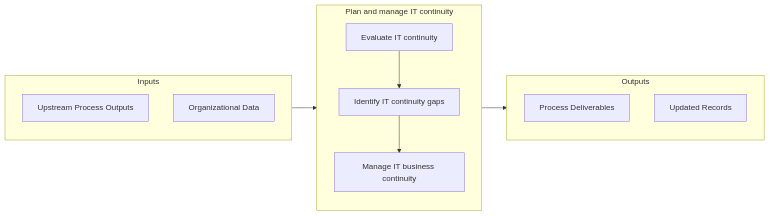
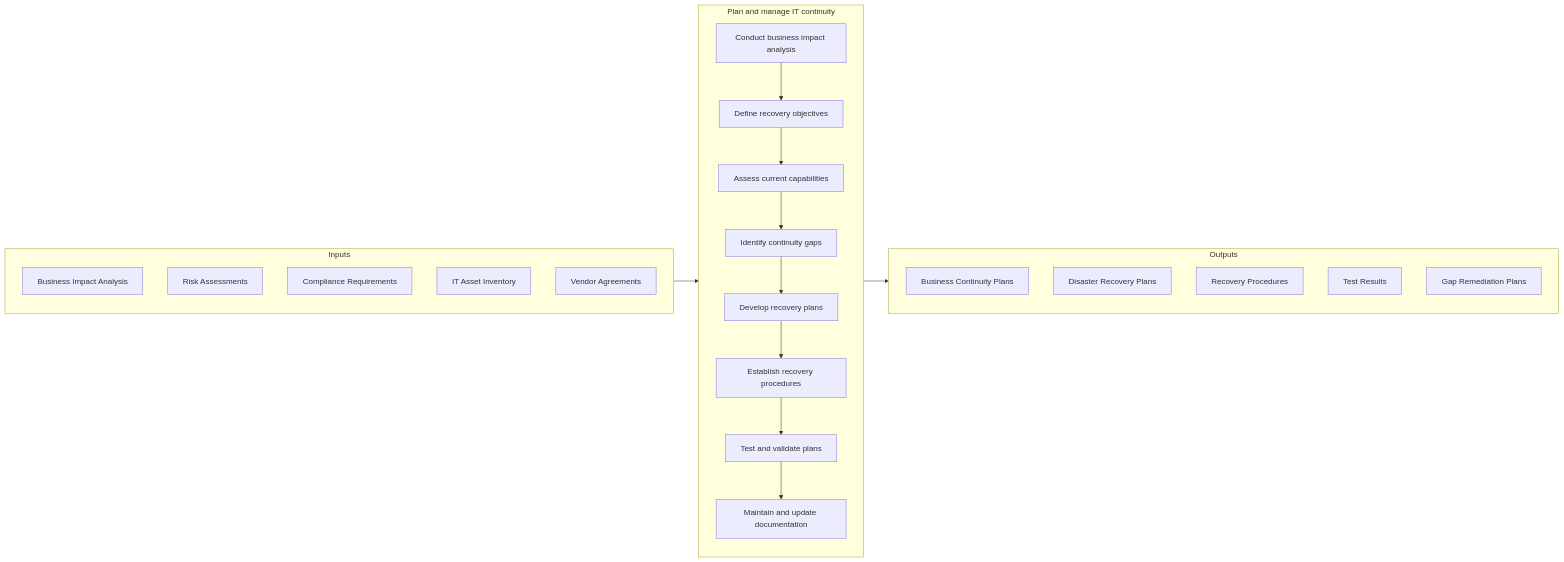
Before and after one commit to kziemski/business.org.ai: the second of 3 diagrams in processes/08-IT/8.3-DevelopManageITResilience/8.3.4-PlanManageITContinuity/index.mdx, drawn with Mermaid. The commit also changed other lines of this file and 67 other files, not shown here.

````diff
--- a/processes/08-IT/8.3-DevelopManageITResilience/8.3.4-PlanManageITContinuity/index.mdx
+++ b/processes/08-IT/8.3-DevelopManageITResilience/8.3.4-PlanManageITContinuity/index.mdx
@@ -61,22 +71,32 @@
 ```mermaid
 flowchart LR
     subgraph Inputs["Inputs"]
-        I1["Upstream Process Outputs"]
-        I2["Organizational Data"]
+        I1["Business Impact Analysis"]
+        I2["Risk Assessments"]
+        I3["Compliance Requirements"]
+        I4["IT Asset Inventory"]
+        I5["Vendor Agreements"]
     end
 
     subgraph Process["Plan and manage IT continuity"]
-        S1["Evaluate IT continuity"]
-        S2["Identify IT continuity gaps"]
-        S3["Manage IT business continuity"]
+        S1["Conduct business impact analysis"]
+        S2["Define recovery objectives"]
+        S3["Assess current capabilities"]
+        S4["Identify continuity gaps"]
+        S5["Develop recovery plans"]
+        S6["Establish recovery procedures"]
+        S7["Test and validate plans"]
+        S8["Maintain and update documentation"]
     end
 
     subgraph Outputs["Outputs"]
-        O1["Process Deliverables"]
-        O2["Updated Records"]
+        O1["Business Continuity Plans"]
+        O2["Disaster Recovery Plans"]
+        O3["Recovery Procedures"]
+        O4["Test Results"]
+        O5["Gap Remediation Plans"]
     end
 
     Inputs --> Process --> Outputs
-    S1 --> S2
-    S2 --> S3
+    S1 --> S2 --> S3 --> S4 --> S5 --> S6 --> S7 --> S8
 ```
````
